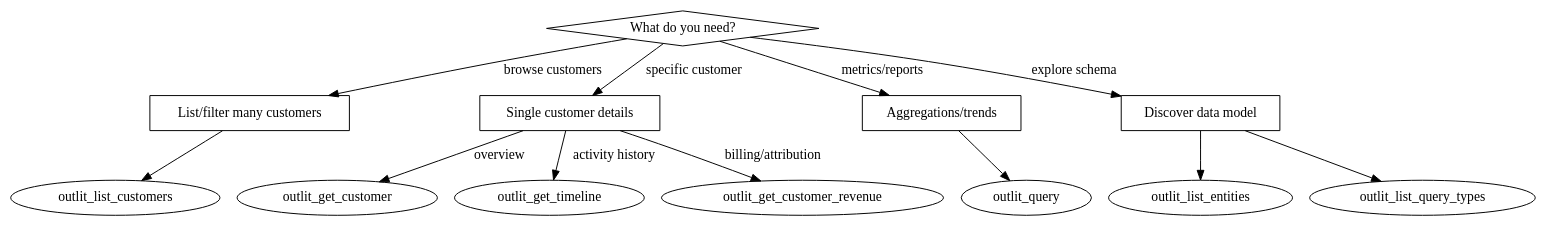
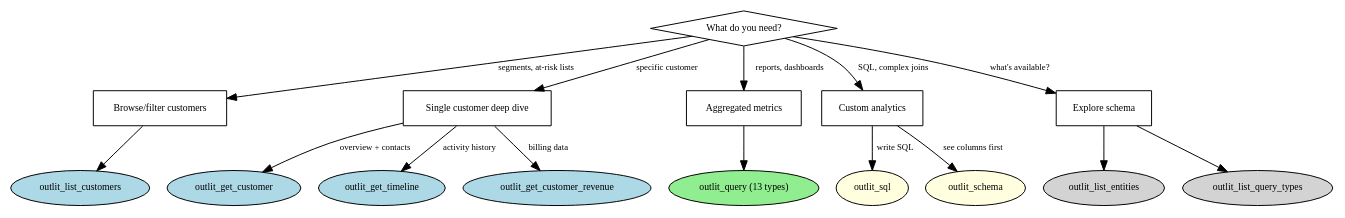
One commit to OutlitAI/outlit-agent-skills changed the second of 2 diagrams in skills/outlit-mcp/SKILL.md. Above: the diagram before and after it, drawn with Graphviz. The commit also changed other lines of this file and 5 other files, not shown here.

````diff
--- a/skills/outlit-mcp/SKILL.md
+++ b/skills/outlit-mcp/SKILL.md
@@ -12,36 +86,47 @@
 ```dot
 digraph tool_selection {
     rankdir=TB;
-    node [shape=box];
+    node [shape=box fontsize=10];
+    edge [fontsize=9];
 
     start [label="What do you need?" shape=diamond];
 
-    // Branches
-    list [label="List/filter many customers"];
-    single [label="Single customer details"];
-    analytics [label="Aggregations/trends"];
-    schema [label="Discover data model"];
+    // First level decisions
+    list [label="Browse/filter customers"];
+    single [label="Single customer deep dive"];
+    aggregate [label="Aggregated metrics"];
+    raw [label="Custom analytics"];
+    discover [label="Explore schema"];
 
-    // Tools
-    list_customers [label="outlit_list_customers" shape=ellipse];
-    get_customer [label="outlit_get_customer" shape=ellipse];
-    get_timeline [label="outlit_get_timeline" shape=ellipse];
-    get_revenue [label="outlit_get_customer_revenue" shape=ellipse];
-    query [label="outlit_query" shape=ellipse];
-    list_entities [label="outlit_list_entities" shape=ellipse];
-    list_query_types [label="outlit_list_query_types" shape=ellipse];
+    // Tool outcomes
+    list_customers [label="outlit_list_customers" shape=ellipse style=filled fillcolor=lightblue];
+    get_customer [label="outlit_get_customer" shape=ellipse style=filled fillcolor=lightblue];
+    get_timeline [label="outlit_get_timeline" shape=ellipse style=filled fillcolor=lightblue];
+    get_revenue [label="outlit_get_customer_revenue" shape=ellipse style=filled fillcolor=lightblue];
+    query [label="outlit_query (13 types)" shape=ellipse style=filled fillcolor=lightgreen];
+    sql [label="outlit_sql" shape=ellipse style=filled fillcolor=lightyellow];
+    schema [label="outlit_schema" shape=ellipse style=filled fillcolor=lightyellow];
+    list_entities [label="outlit_list_entities" shape=ellipse style=filled fillcolor=lightgray];
+    list_query_types [label="outlit_list_query_types" shape=ellipse style=filled fillcolor=lightgray];
 
-    start -> list [label="browse customers"];
+    start -> list [label="segments, at-risk lists"];
     start -> single [label="specific customer"];
-    start -> analytics [label="metrics/reports"];
-    start -> schema [label="explore schema"];
+    start -> aggregate [label="reports, dashboards"];
+    start -> raw [label="SQL, complex joins"];
+    start -> discover [label="what's available?"];
 
     list -> list_customers;
-    single -> get_customer [label="overview"];
+
+    single -> get_customer [label="overview + contacts"];
     single -> get_timeline [label="activity history"];
-    single -> get_revenue [label="billing/attribution"];
-    analytics -> query;
-    schema -> list_entities;
-    schema -> list_query_types;
+    single -> get_revenue [label="billing data"];
+
+    aggregate -> query;
+
+    raw -> sql [label="write SQL"];
+    raw -> schema [label="see columns first"];
+
+    discover -> list_entities;
+    discover -> list_query_types;
 }
 ```
````
